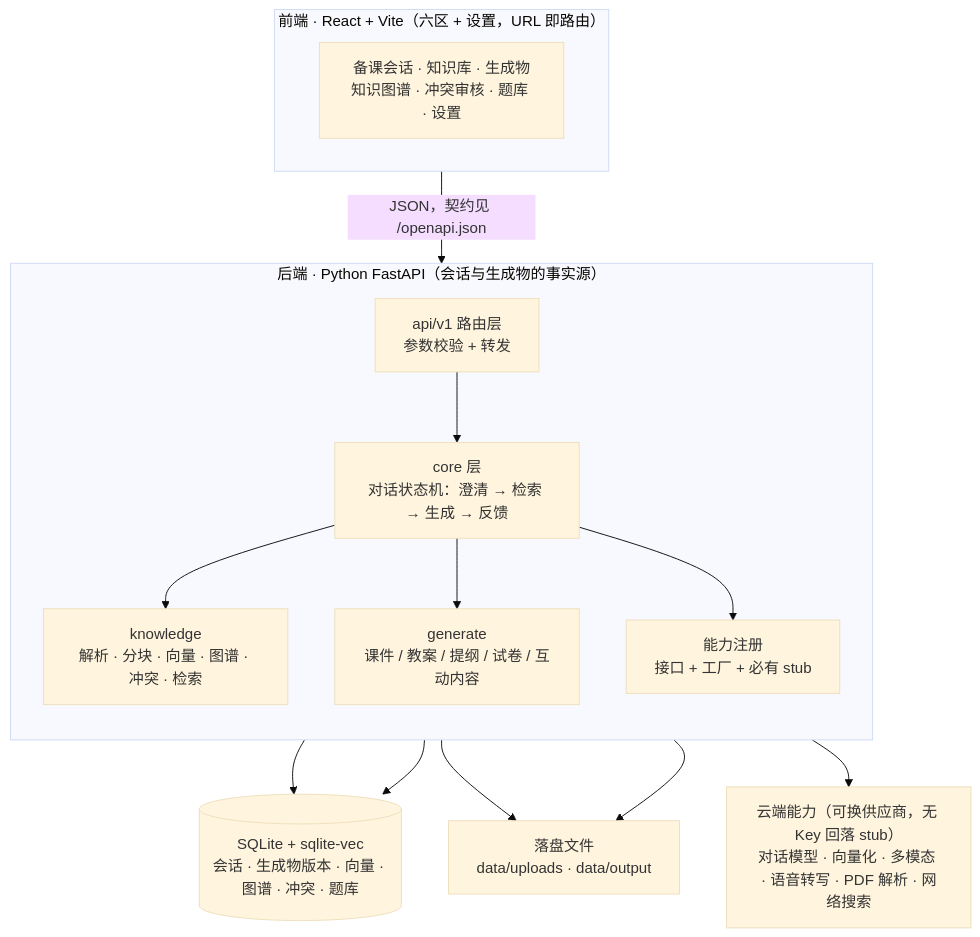
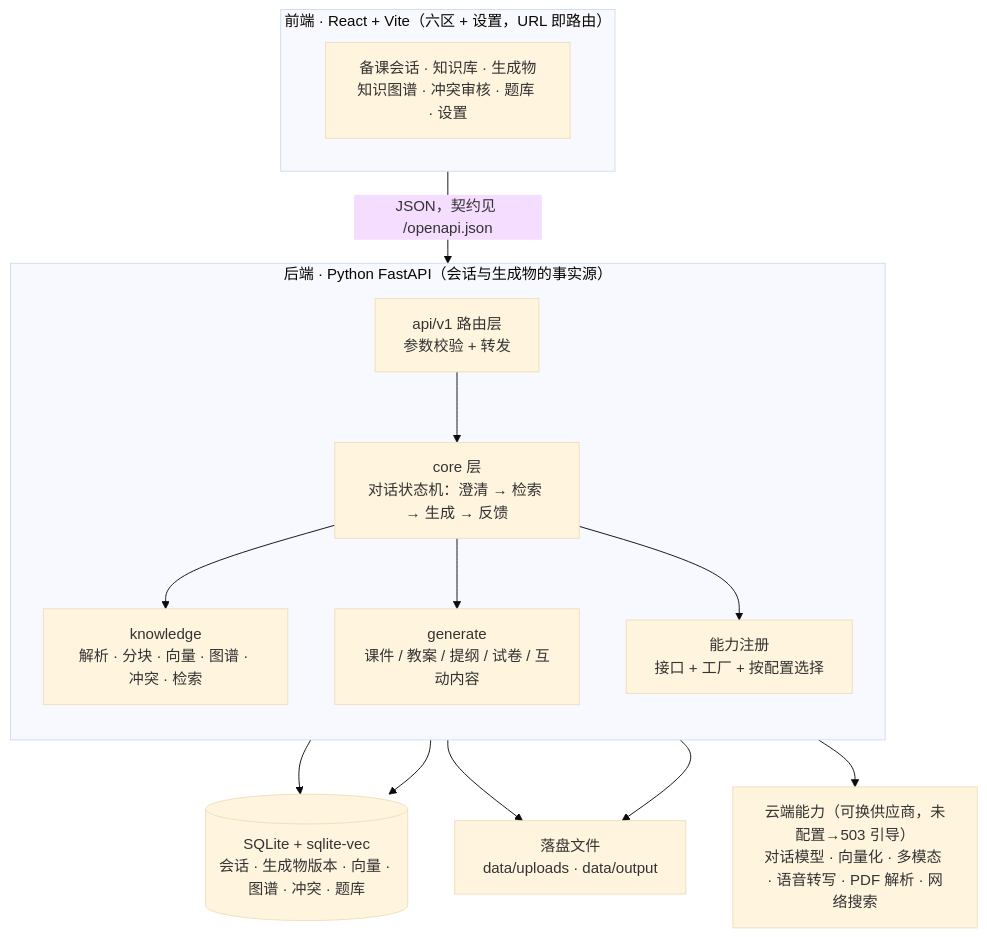
The diagram in README.md (JulianZBY/EduMind), drawn with Mermaid (base theme) before and after one commit. The commit also changed other lines of this file and 101 other files, not shown here.

First line of the commit message:
feat(providers): 去 stub 化收口、ASR Key 解耦与 providers.json 声明式供应商

````diff
--- a/README.md
+++ b/README.md
@@ -17,30 +17,30 @@
 ```mermaid
 flowchart TB
     subgraph FE["前端 · React + Vite（六区 + 设置，URL 即路由）"]
         A1["备课会话 · 知识库 · 生成物<br/>知识图谱 · 冲突审核 · 题库 · 设置"]
     end
 
     subgraph BE["后端 · Python FastAPI（会话与生成物的事实源）"]
         direction TB
         API["api/v1 路由层<br/>参数校验 + 转发"]
         CORE["core 层<br/>对话状态机：澄清 → 检索 → 生成 → 反馈"]
-        CAPS["能力注册<br/>接口 + 工厂 + 必有 stub"]
+        CAPS["能力注册<br/>接口 + 工厂 + 按配置选择"]
         KNOW["knowledge<br/>解析 · 分块 · 向量 · 图谱 · 冲突 · 检索"]
         GEN["generate<br/>课件 / 教案 / 提纲 / 试卷 / 互动内容"]
     end
 
     DB[("SQLite + sqlite-vec<br/>会话 · 生成物版本 · 向量 · 图谱 · 冲突 · 题库")]
     FS["落盘文件<br/>data/uploads · data/output"]
-    CLOUD["云端能力（可换供应商，无 Key 回落 stub）<br/>对话模型 · 向量化 · 多模态 · 语音转写 · PDF 解析 · 网络搜索"]
+    CLOUD["云端能力（可换供应商，未配置→503 引导）<br/>对话模型 · 向量化 · 多模态 · 语音转写 · PDF 解析 · 网络搜索"]
 
     FE -->|"JSON，契约见 /openapi.json"| API
     API --> CORE
     CORE --> KNOW
     CORE --> GEN
     CORE --> CAPS
     KNOW --> DB
     KNOW --> FS
     GEN --> DB
     GEN --> FS
     CAPS --> CLOUD
 ```
````
